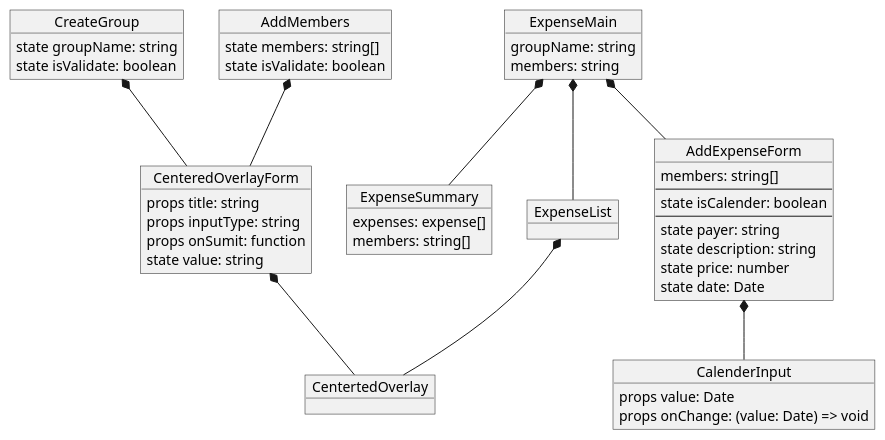
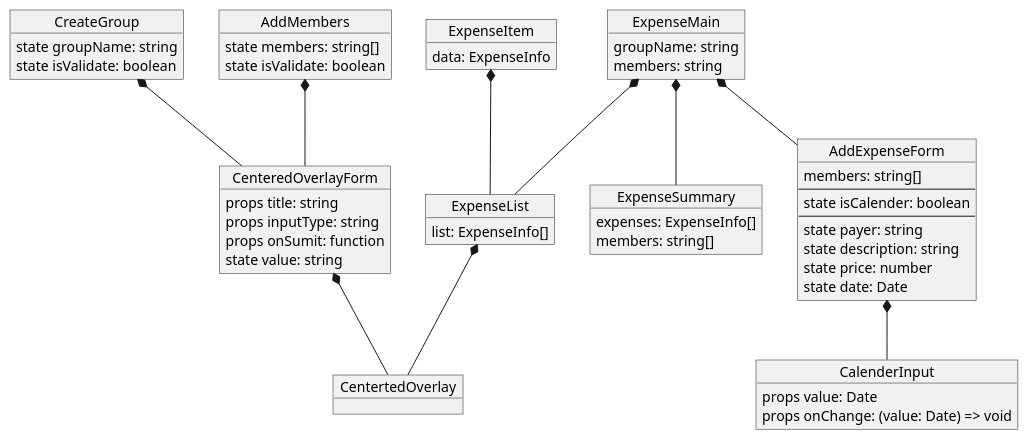
Before and after one commit to Sunset-Kim/dutchpay-app: the diagram in docs/react_diagram.plantuml, drawn with PlantUML.

Commit message:
docs: expense component 구조도 업데이트

```diff
--- a/docs/react_diagram.plantuml
+++ b/docs/react_diagram.plantuml
@@ -1,62 +1,69 @@
 @startuml react component
 
 object CreateGroup {
   state groupName: string
   state isValidate: boolean
 }
 object AddMembers {
   state members: string[]
   state isValidate: boolean
 }
 object ExpenseMain {
   groupName: string
   members: string
 
   'TODO: state
 }
 
 object CenteredOverlayForm {
   props title: string
   props inputType: string
   props onSumit: function
 
   state value: string
 }
 
 object CentertedOverlay
 
 
 object AddExpenseForm {
   members: string[]
   ---
   state isCalender: boolean
   --- 
   state payer: string
   state description: string
   state price: number
   state date: Date
 }
 object ExpenseSummary {
-  expenses: expense[]
+  expenses: ExpenseInfo[]
   members: string[]
 }
-object ExpenseList
+object ExpenseList {
+  list: ExpenseInfo[]
+}
+
+object ExpenseItem {
+  data: ExpenseInfo
+}
 
 object CalenderInput {
   props value: Date
   props onChange: (value: Date) => void
 }
 
 CenteredOverlayForm *-- CentertedOverlay
 CreateGroup *-- CenteredOverlayForm
 AddMembers *-- CenteredOverlayForm
 
 ExpenseMain *-- AddExpenseForm
 ExpenseMain *-- ExpenseSummary
 ExpenseMain *-- ExpenseList
 
 AddExpenseForm *-- CalenderInput
 
 ExpenseList *-- CentertedOverlay
 
+ExpenseItem *-- ExpenseList
 @enduml
```
